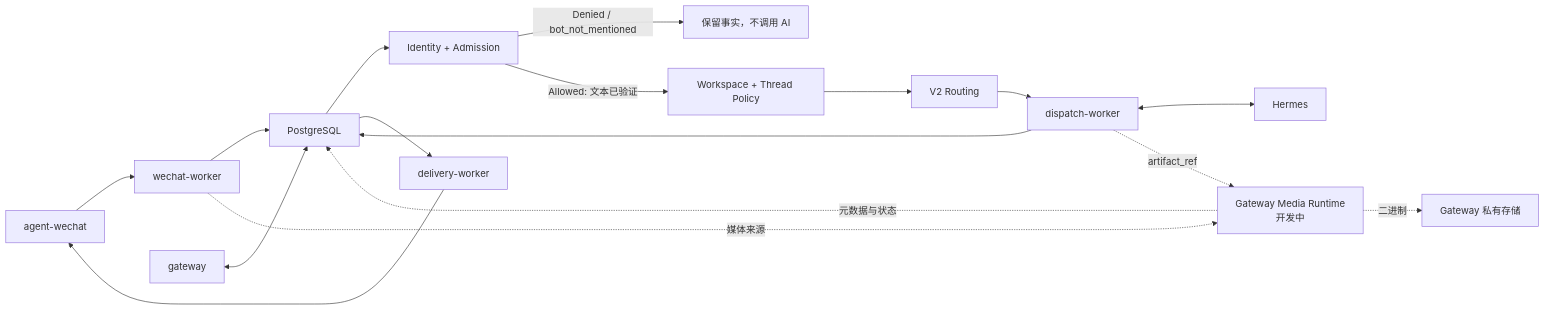
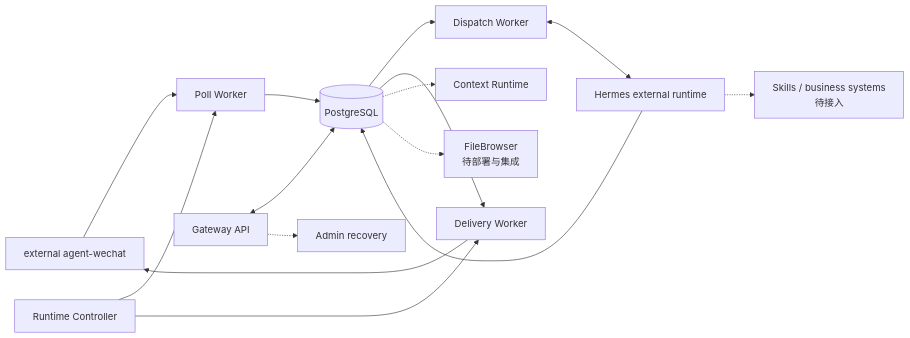
One commit to Tangbohu09527/CF_ecommerce-automation-docs changed the diagram in architecture/component-map.md. Above: the diagram before and after it, drawn with Mermaid. The commit also changed other lines of this file and 17 other files, not shown here.

Commit message:
docs: align current architecture and component status

````diff
--- a/architecture/component-map.md
+++ b/architecture/component-map.md
@@ -22,15 +21,13 @@
 ```mermaid
 flowchart LR
-    AW["agent-wechat"] --> WW["wechat-worker"] --> PG["PostgreSQL"]
-    PG --> AD["Identity + Admission"]
-    AD -->|"Denied / bot_not_mentioned"| R["保留事实，不调用 AI"]
-    AD -->|"Allowed: 文本已验证"| TP["Workspace + Thread Policy"]
-    TP --> VR["V2 Routing"] --> DW["dispatch-worker"]
-    DW <--> H["Hermes"]
-    DW --> PG --> DLW["delivery-worker"] --> AW
-    G["gateway"] <--> PG
-    WW -. "媒体来源" .-> MR["Gateway Media Runtime<br/>开发中"]
-    DW -. "artifact_ref" .-> MR
-    MR -. "元数据与状态" .-> PG
-    MR -. "二进制" .-> PS["Gateway 私有存储"]
+    AW["external agent-wechat"] --> PW["Poll Worker"] --> PG[("PostgreSQL")]
+    API["Gateway API"] <--> PG
+    PG --> DW["Dispatch Worker"] <--> H["Hermes external runtime"]
+    H --> PG --> DLW["Delivery Worker"] --> AW
+    CTL["Runtime Controller"] --> PW
+    CTL --> DLW
+    PG -.-> CTX["Context Runtime"]
+    API -.-> ADM["Admin recovery"]
+    H -.-> SK["Skills / business systems<br/>待接入"]
+    PG -.-> FB["FileBrowser<br/>待部署与集成"]
 ```
````
